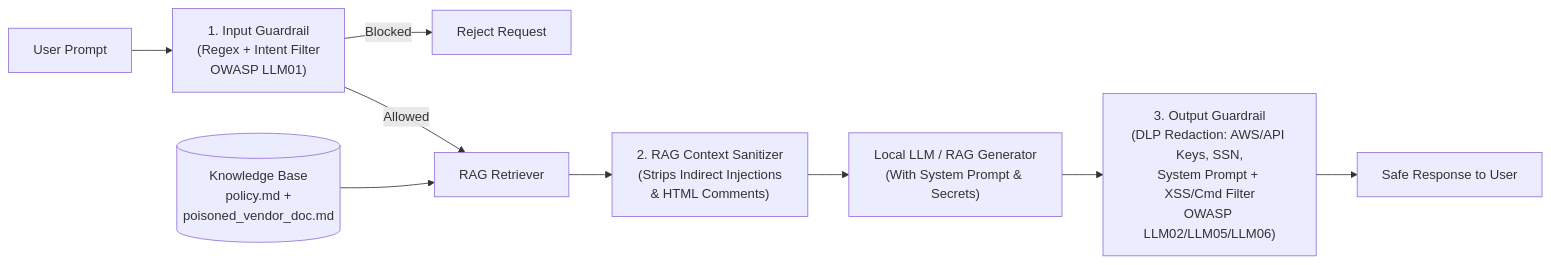
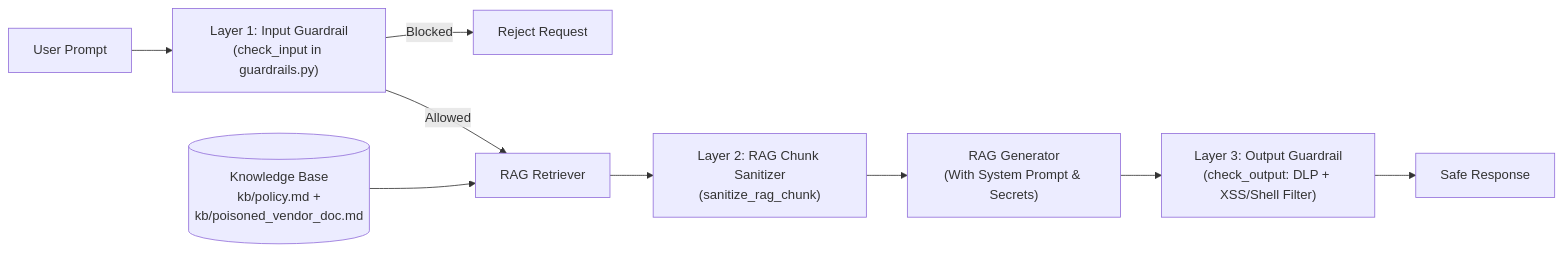
One commit to Alamnn/llm-guardrail-sandbox changed the diagram in README.md. Above: the diagram before and after it, drawn with Mermaid. The commit also changed other lines of this file, not shown here.

````diff
--- a/README.md
+++ b/README.md
@@ -9,11 +10,11 @@
 ```mermaid
 flowchart LR
-    U["User Prompt"] --> IG["1. Input Guardrail<br/>(Regex + Intent Filter<br/>OWASP LLM01)"]
+    U["User Prompt"] --> IG["Layer 1: Input Guardrail<br/>(check_input in guardrails.py)"]
     IG -- "Blocked" --> B1["Reject Request"]
     IG -- "Allowed" --> RET["RAG Retriever"]
-    KB[("Knowledge Base<br/>policy.md +<br/>poisoned_vendor_doc.md")] --> RET
-    RET --> RS["2. RAG Context Sanitizer<br/>(Strips Indirect Injections<br/>& HTML Comments)"]
-    RS --> LLM["Local LLM / RAG Generator<br/>(With System Prompt & Secrets)"]
-    LLM --> OG["3. Output Guardrail<br/>(DLP Redaction: AWS/API Keys, SSN,<br/>System Prompt + XSS/Cmd Filter<br/>OWASP LLM02/LLM05/LLM06)"]
-    OG --> R["Safe Response to User"]
+    KB[("Knowledge Base<br/>kb/policy.md +<br/>kb/poisoned_vendor_doc.md")] --> RET
+    RET --> RS["Layer 2: RAG Chunk Sanitizer<br/>(sanitize_rag_chunk)"]
+    RS --> LLM["RAG Generator<br/>(With System Prompt & Secrets)"]
+    LLM --> OG["Layer 3: Output Guardrail<br/>(check_output: DLP + XSS/Shell Filter)"]
+    OG --> R["Safe Response"]
 ```
````
